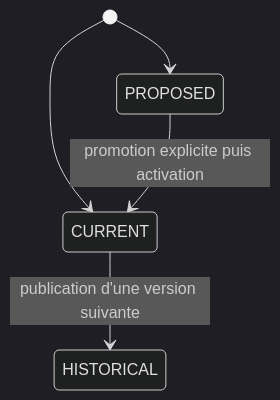
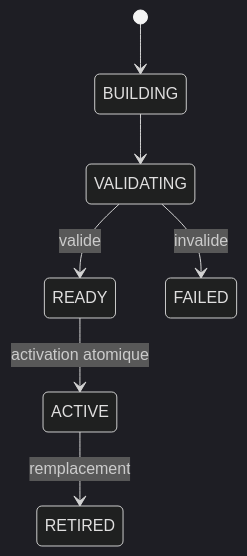
The second of 2 diagrams in docs/user/README.md (FTurleque/morpheus-engine), drawn with Mermaid (dark theme) before and after one commit. The commit also changed other lines of this file, not shown here.

````diff
--- a/docs/user/README.md
+++ b/docs/user/README.md
@@ -81,7 +67,9 @@
 ```mermaid
 stateDiagram-v2
-    [*] --> CURRENT
-    [*] --> PROPOSED
-    CURRENT --> HISTORICAL: publication d'une version suivante
-    PROPOSED --> CURRENT: promotion explicite puis activation
+    [*] --> BUILDING
+    BUILDING --> VALIDATING
+    VALIDATING --> READY: valide
+    VALIDATING --> FAILED: invalide
+    READY --> ACTIVE: activation atomique
+    ACTIVE --> RETIRED: remplacement
 ```
````
